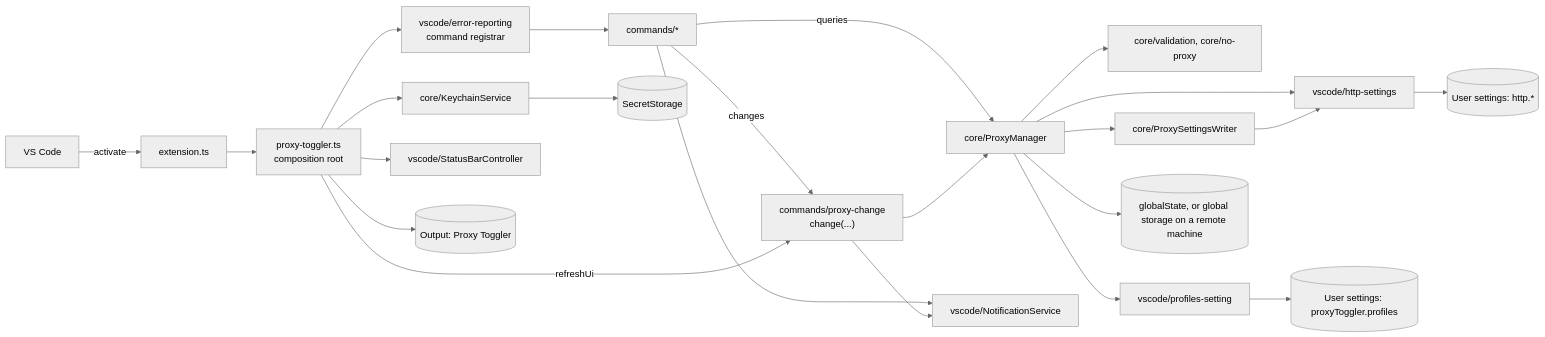
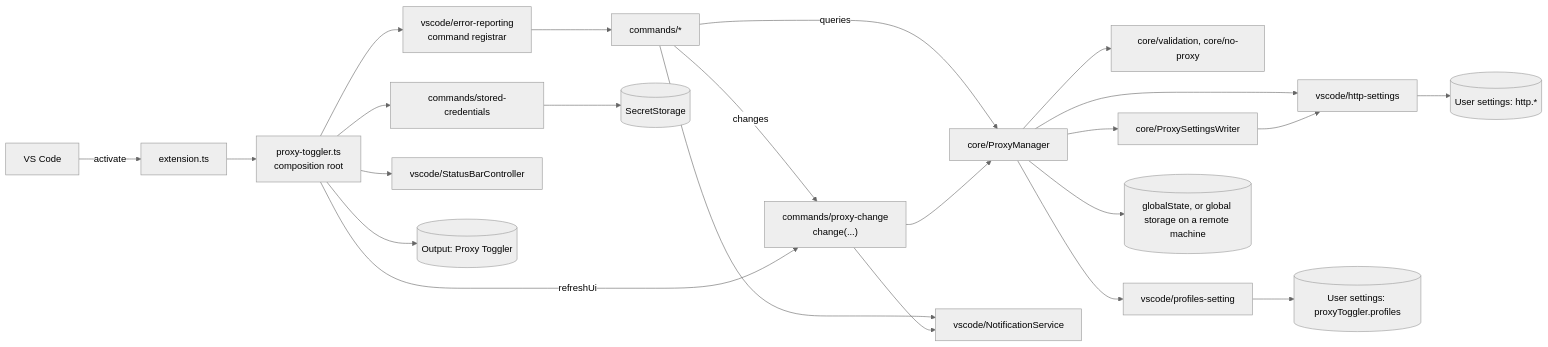
The diagram in ARCHITECTURE.md (bluecloud-dev/proxy-toggler), drawn with Mermaid (neutral theme) before and after one commit. The commit also changed other lines of this file and 14 other files, not shown here.

````diff
--- a/ARCHITECTURE.md
+++ b/ARCHITECTURE.md
@@ -37,25 +38,25 @@
 ```mermaid
 flowchart LR
   vscodeHost["VS Code"] -->|activate| extension["extension.ts"]
   extension --> root["proxy-toggler.ts<br/>composition root"]
   root --> registrar["vscode/error-reporting<br/>command registrar"]
   registrar --> commands["commands/*"]
   commands -->|changes| change["commands/proxy-change<br/>change(...)"]
   commands -->|queries| manager["core/ProxyManager"]
   commands --> notifications["vscode/NotificationService"]
   root -->|refreshUi| change
   change --> manager
   change --> notifications
   manager --> validation["core/validation, core/no-proxy"]
   manager --> writer["core/ProxySettingsWriter"]
   manager --> httpSettings["vscode/http-settings"]
   manager --> profilesSetting["vscode/profiles-setting"]
   writer --> httpSettings
   profilesSetting --> profiles[("User settings: proxyToggler.profiles")]
-  root --> keychain["core/KeychainService"]
-  keychain --> secrets[("SecretStorage")]
+  root --> credentials["commands/stored-credentials"]
+  credentials --> secrets[("SecretStorage")]
   manager --> state[("globalState, or global storage on a remote machine")]
   httpSettings --> settings[("User settings: http.*")]
   root --> statusBar["vscode/StatusBarController"]
   root --> logger[("Output: Proxy Toggler")]
 ```
````
